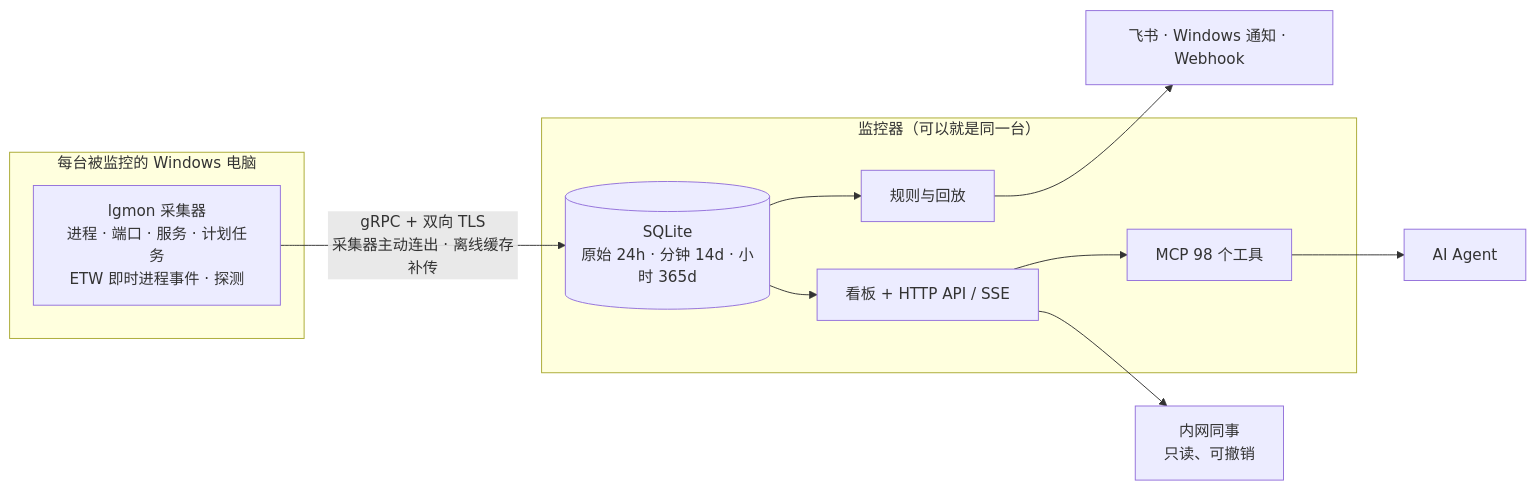
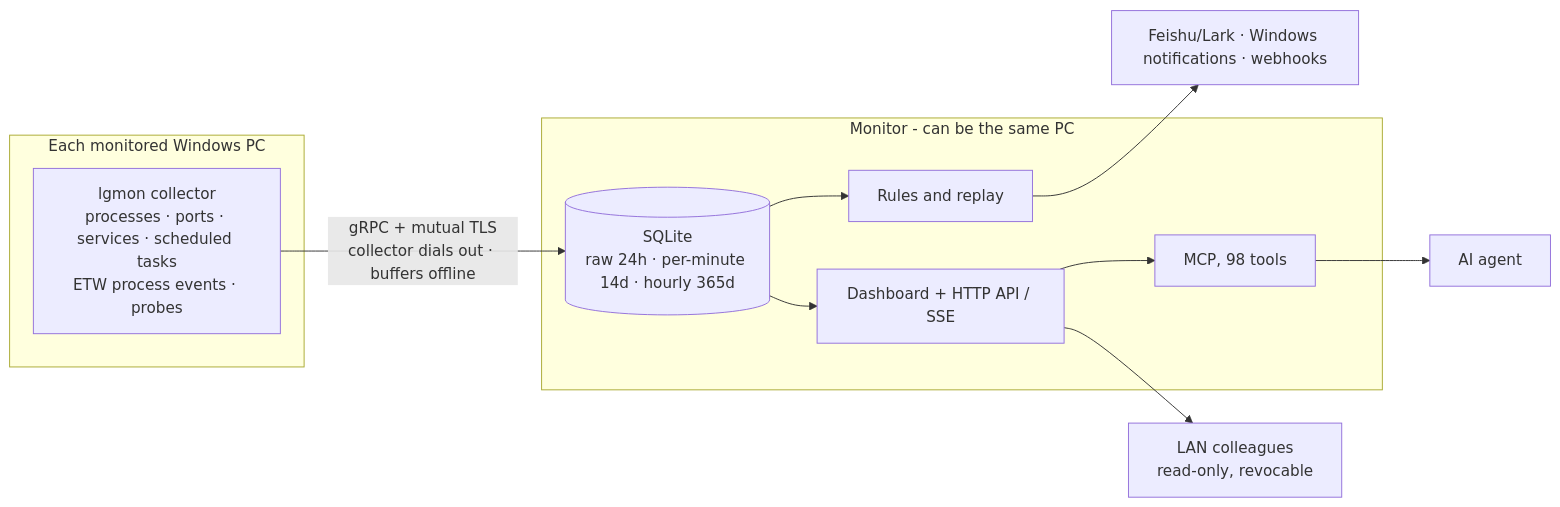
Before and after one commit to LFenX/lg-monitor: the diagram in README.md, drawn with Mermaid. The commit also changed other lines of this file and 1 other file, not shown here.

````diff
--- a/README.md
+++ b/README.md
@@ -139,17 +162,17 @@
 ```mermaid
 flowchart LR
-  subgraph PC[每台被监控的 Windows 电脑]
-    C[lgmon 采集器<br/>进程 · 端口 · 服务 · 计划任务<br/>ETW 即时进程事件 · 探测]
+  subgraph PC[Each monitored Windows PC]
+    C[lgmon collector<br/>processes · ports · services · scheduled tasks<br/>ETW process events · probes]
   end
-  subgraph M[监控器（可以就是同一台）]
-    S[(SQLite<br/>原始 24h · 分钟 14d · 小时 365d)]
-    R[规则与回放]
-    W[看板 + HTTP API / SSE]
-    P[MCP 98 个工具]
+  subgraph M[Monitor - can be the same PC]
+    S[(SQLite<br/>raw 24h · per-minute 14d · hourly 365d)]
+    R[Rules and replay]
+    W[Dashboard + HTTP API / SSE]
+    P[MCP, 98 tools]
   end
-  C -- gRPC + 双向 TLS<br/>采集器主动连出 · 离线缓存补传 --> S
-  S --> R --> N[飞书 · Windows 通知 · Webhook]
+  C -- gRPC + mutual TLS<br/>collector dials out · buffers offline --> S
+  S --> R --> N[Feishu/Lark · Windows notifications · webhooks]
   S --> W
-  W --> P --> A[AI Agent]
-  W --> L[内网同事<br/>只读、可撤销]
+  W --> P --> A[AI agent]
+  W --> L[LAN colleagues<br/>read-only, revocable]
 ```
````
